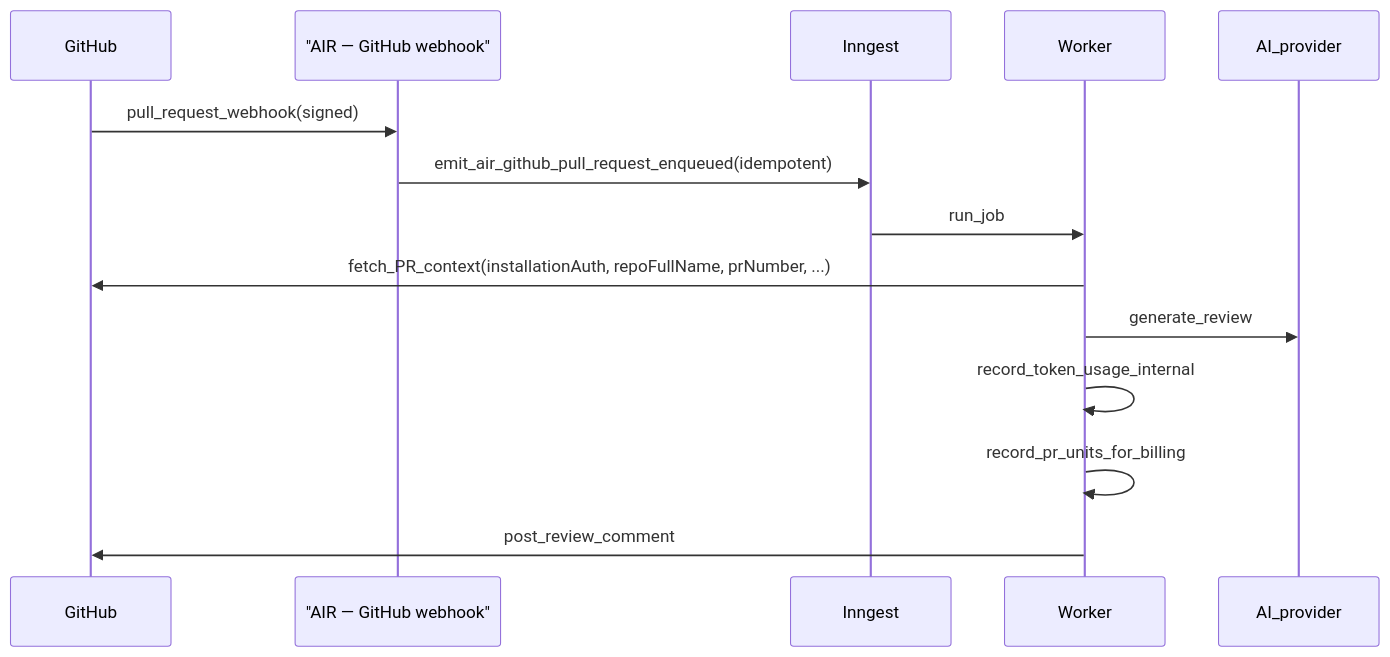
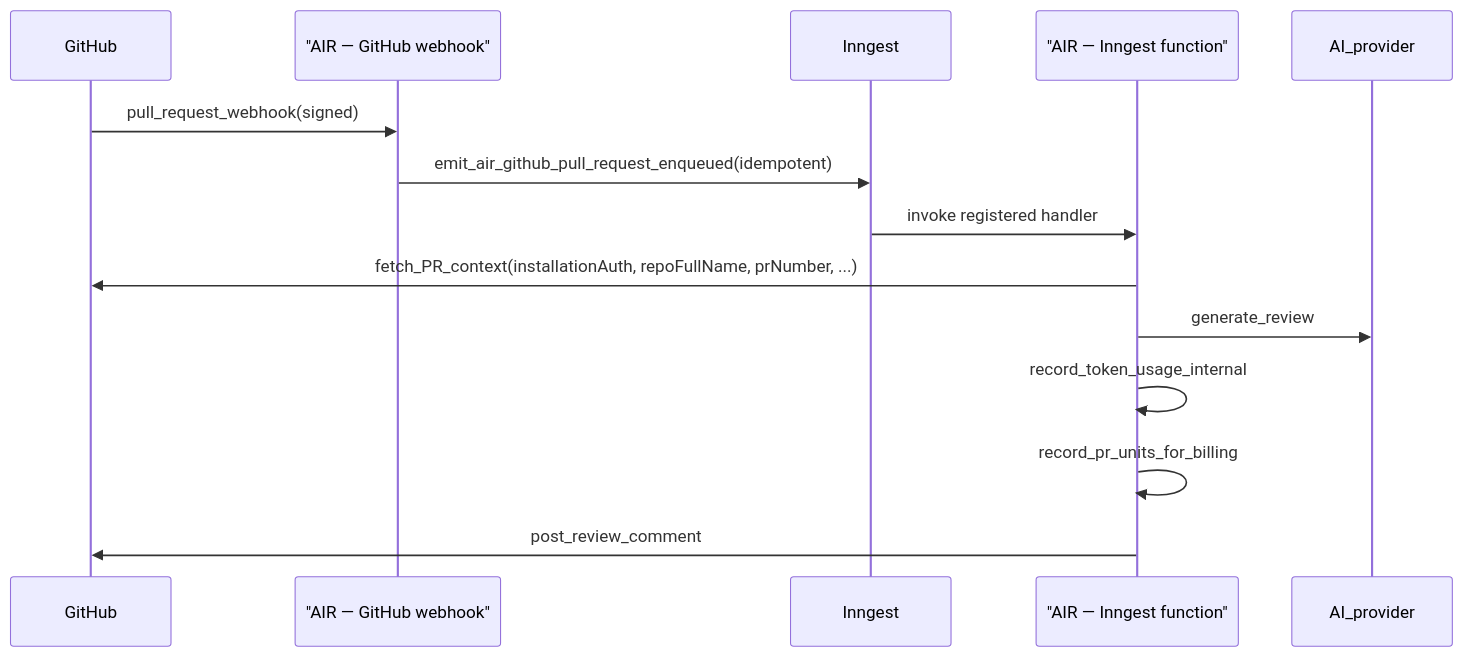
The third of 3 diagrams in docs/system-architecture.md (kworam-self/AIR), drawn with Mermaid before and after one commit. The commit also changed other lines of this file, not shown here.

First line of the commit message:
docs: clarify Inngest flow in architecture diagram and sequences

````diff
--- a/docs/system-architecture.md
+++ b/docs/system-architecture.md
@@ -124,17 +128,17 @@
 ```mermaid
 sequenceDiagram
   participant GH as GitHub
   participant AIR as "AIR — GitHub webhook"
   participant ING as Inngest
-  participant W as Worker
+  participant FN as "AIR — Inngest function"
   participant AI as AI_provider
 
   GH->>AIR: pull_request_webhook(signed)
   AIR->>ING: emit_air_github_pull_request_enqueued(idempotent)
-  ING->>W: run_job
-  W->>GH: fetch_PR_context(installationAuth, repoFullName, prNumber, ...)
-  W->>AI: generate_review
-  W->>W: record_token_usage_internal
-  W->>W: record_pr_units_for_billing
-  W->>GH: post_review_comment
+  ING->>FN: invoke registered handler
+  FN->>GH: fetch_PR_context(installationAuth, repoFullName, prNumber, ...)
+  FN->>AI: generate_review
+  FN->>FN: record_token_usage_internal
+  FN->>FN: record_pr_units_for_billing
+  FN->>GH: post_review_comment
 ```
````
